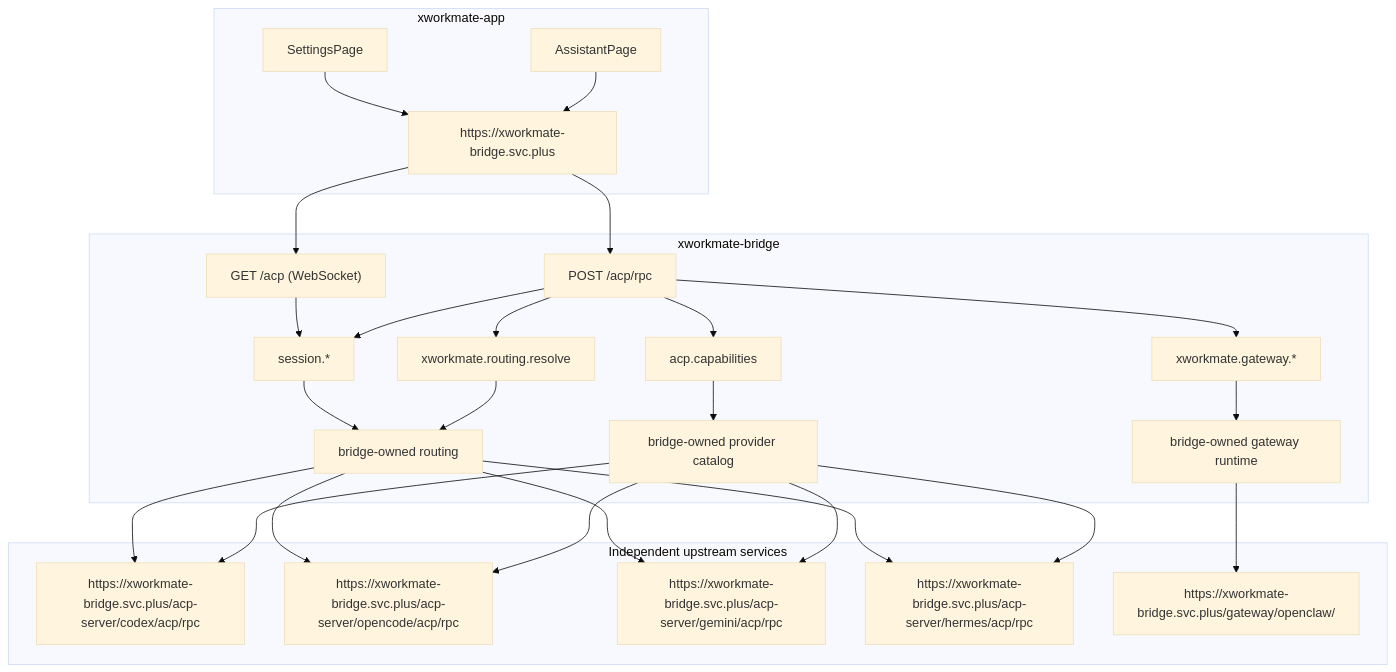
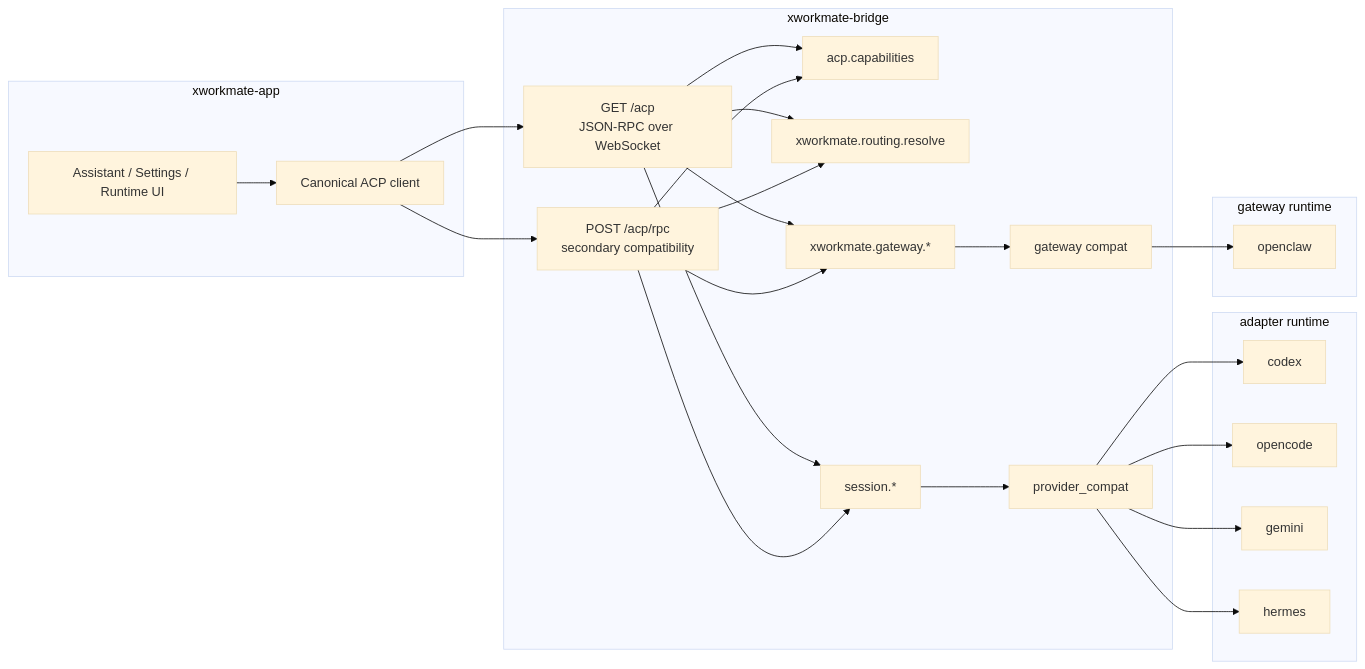
The diagram in docs/architecture/acp-forwarding-topology.md (ai-workspace-lab/xworkmate-bridge), drawn with Mermaid (base theme) before and after one commit. The commit also changed other lines of this file and 28 other files, not shown here.

Commit message:
Refine bridge routing and remove fallback paths

````diff
--- a/docs/architecture/acp-forwarding-topology.md
+++ b/docs/architecture/acp-forwarding-topology.md
@@ -23,52 +23,48 @@
 ```mermaid
-flowchart TD
-  subgraph APP["xworkmate-app"]
-    A1["AssistantPage"]
-    A2["SettingsPage"]
-    A3["https://xworkmate-bridge.svc.plus"]
-    A1 --> A3
-    A2 --> A3
-  end
+flowchart LR
+    subgraph APP["xworkmate-app"]
+        A1["Assistant / Settings / Runtime UI"]
+        A2["Canonical ACP client"]
+        A1 --> A2
+    end
 
-  subgraph BRIDGE["xworkmate-bridge"]
-    B1["POST /acp/rpc"]
-    B2["GET /acp (WebSocket)"]
-    B3["acp.capabilities"]
-    B4["xworkmate.routing.resolve"]
-    B5["session.*"]
-    B6["xworkmate.gateway.*"]
-    B7["bridge-owned provider catalog"]
-    B8["bridge-owned routing"]
-  B9["bridge-owned gateway runtime"]
+    subgraph BRIDGE["xworkmate-bridge"]
+        B1["GET /acp<br/>JSON-RPC over WebSocket"]
+        B2["POST /acp/rpc<br/>secondary compatibility"]
+        B3["acp.capabilities"]
+        B4["xworkmate.routing.resolve"]
+        B5["session.*"]
+        B6["xworkmate.gateway.*"]
+        B7["provider_compat"]
+        B8["gateway compat"]
+    end
 
-    A3 --> B1
-    A3 --> B2
+    subgraph ADAPTERS["adapter runtime"]
+        C1["codex"]
+        C2["opencode"]
+        C3["gemini"]
+        C4["hermes"]
+    end
+
+    subgraph GATEWAY["gateway runtime"]
+        D1["openclaw"]
+    end
+
+    A2 --> B1
+    A2 --> B2
     B1 --> B3
     B1 --> B4
     B1 --> B5
     B1 --> B6
+    B2 --> B3
+    B2 --> B4
     B2 --> B5
-    B3 --> B7
-    B4 --> B8
-    B5 --> B8
-    B6 --> B9
-  end
-
-  subgraph UPSTREAM["Independent upstream services"]
-    C1["https://xworkmate-bridge.svc.plus/acp-server/codex/acp/rpc"]
-    C2["https://xworkmate-bridge.svc.plus/acp-server/opencode/acp/rpc"]
-    C3["https://xworkmate-bridge.svc.plus/acp-server/gemini/acp/rpc"]
-    C4["https://xworkmate-bridge.svc.plus/acp-server/hermes/acp/rpc"]
-    C5["https://xworkmate-bridge.svc.plus/gateway/openclaw/"]
-  end
-
-  B7 --> C1
-  B7 --> C2
-  B7 --> C3
-  B7 --> C4
-  B8 --> C1
-  B8 --> C2
-  B8 --> C3
-  B8 --> C4
-  B9 --> C5
+    B2 --> B6
+    B5 --> B7
+    B6 --> B8
+    B7 --> C1
+    B7 --> C2
+    B7 --> C3
+    B7 --> C4
+    B8 --> D1
 ```
````
